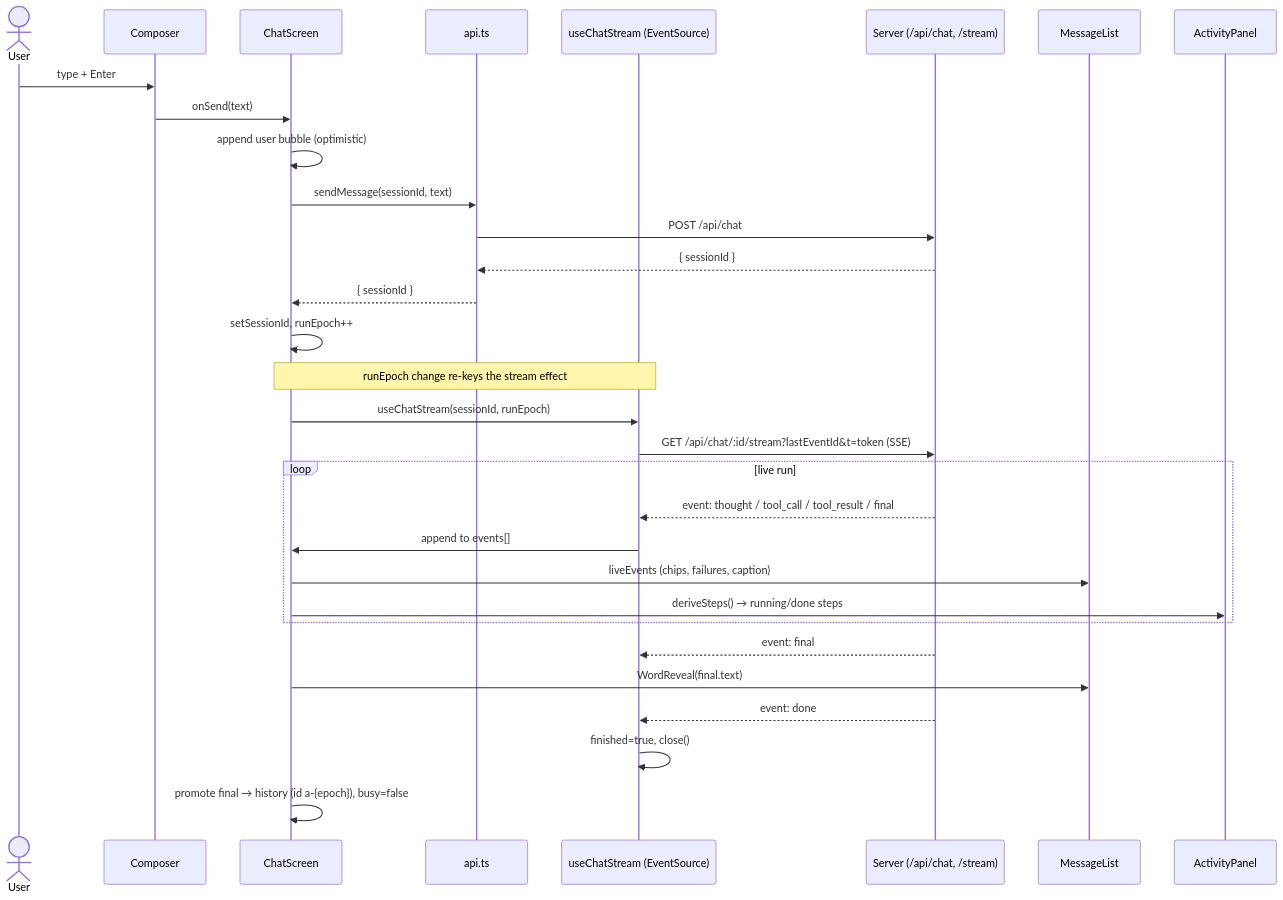
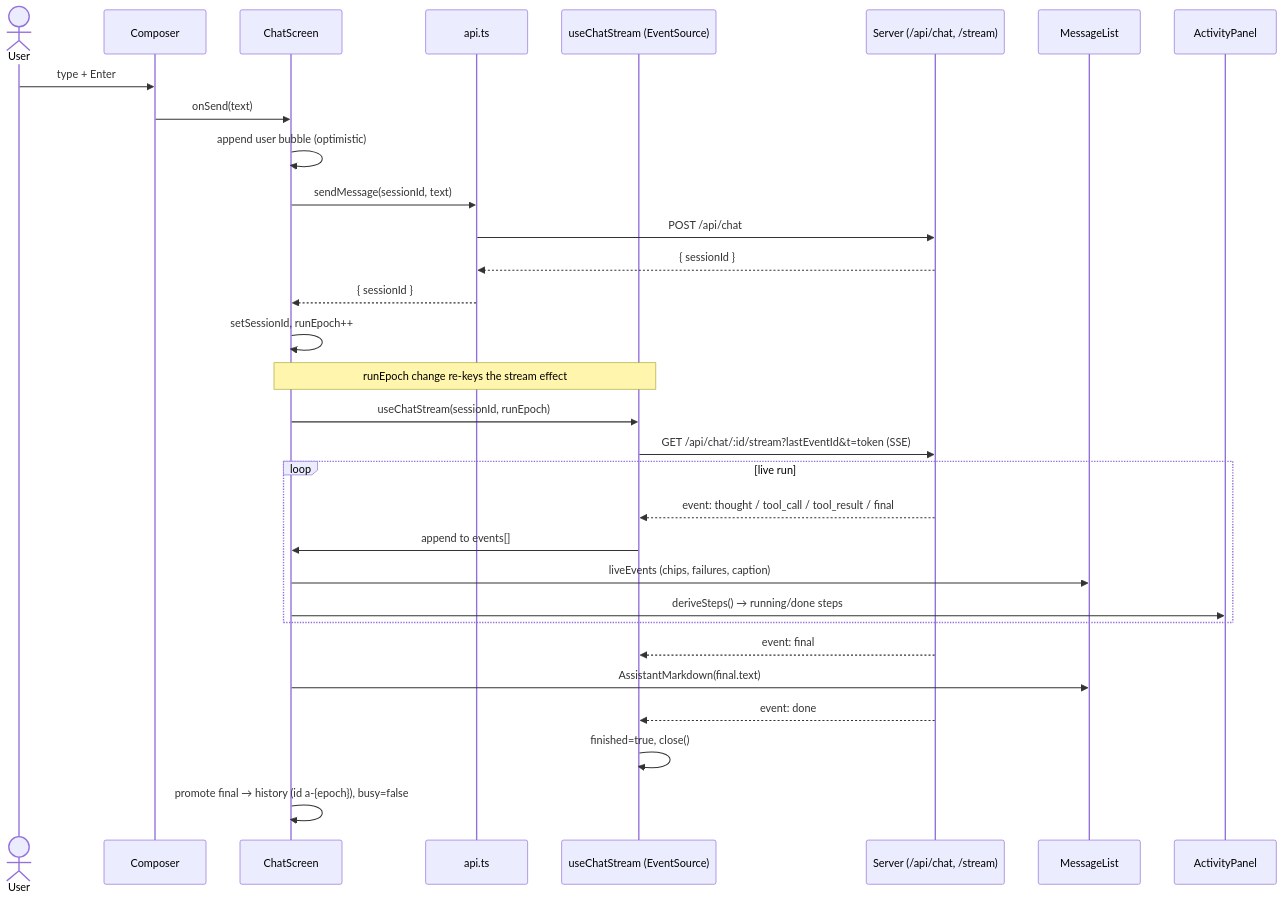
One commit to NikoloziGagua/AVA changed the second of 2 diagrams in docs/architecture/09-web-frontend.md. Above: the diagram before and after it, drawn with Mermaid. The commit also changed other lines of this file and 21 other files, not shown here.

````diff
--- a/docs/architecture/09-web-frontend.md
+++ b/docs/architecture/09-web-frontend.md
@@ -292,37 +292,37 @@
 ```mermaid
 sequenceDiagram
     actor User
     participant C as Composer
     participant CS as ChatScreen
     participant API as api.ts
     participant H as useChatStream (EventSource)
     participant S as Server (/api/chat, /stream)
     participant ML as MessageList
     participant AP as ActivityPanel
 
     User->>C: type + Enter
     C->>CS: onSend(text)
     CS->>CS: append user bubble (optimistic)
     CS->>API: sendMessage(sessionId, text)
     API->>S: POST /api/chat
     S-->>API: { sessionId }
     API-->>CS: { sessionId }
     CS->>CS: setSessionId, runEpoch++
 
     Note over CS,H: runEpoch change re-keys the stream effect
     CS->>H: useChatStream(sessionId, runEpoch)
     H->>S: GET /api/chat/:id/stream?lastEventId&t=token (SSE)
 
     loop live run
         S-->>H: event: thought / tool_call / tool_result / final
         H->>CS: append to events[]
         CS->>ML: liveEvents (chips, failures, caption)
         CS->>AP: deriveSteps() → running/done steps
     end
 
     S-->>H: event: final
-    CS->>ML: WordReveal(final.text)
+    CS->>ML: AssistantMarkdown(final.text)
     S-->>H: event: done
     H->>H: finished=true, close()
     CS->>CS: promote final → history (id a-{epoch}), busy=false
 ```
````
